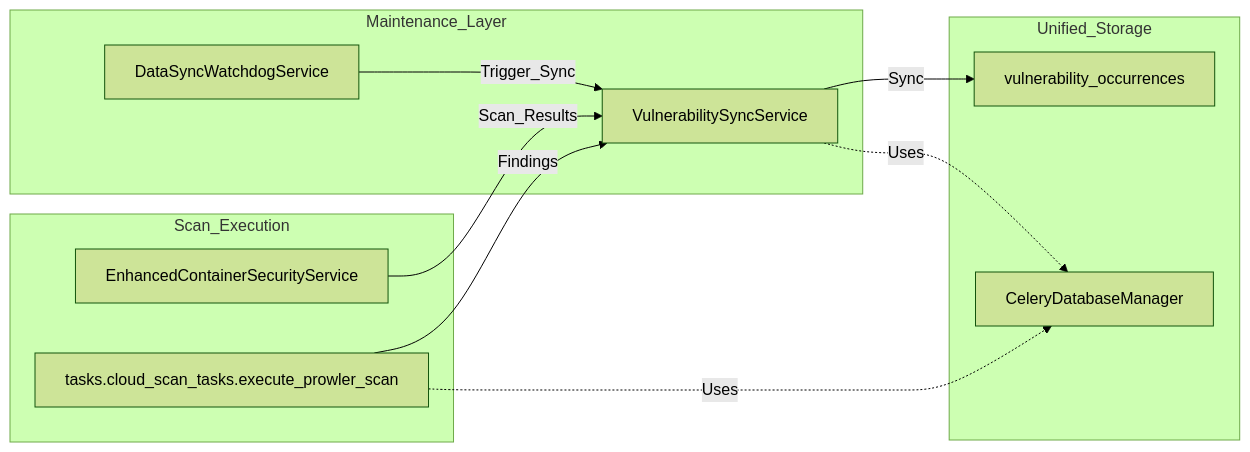
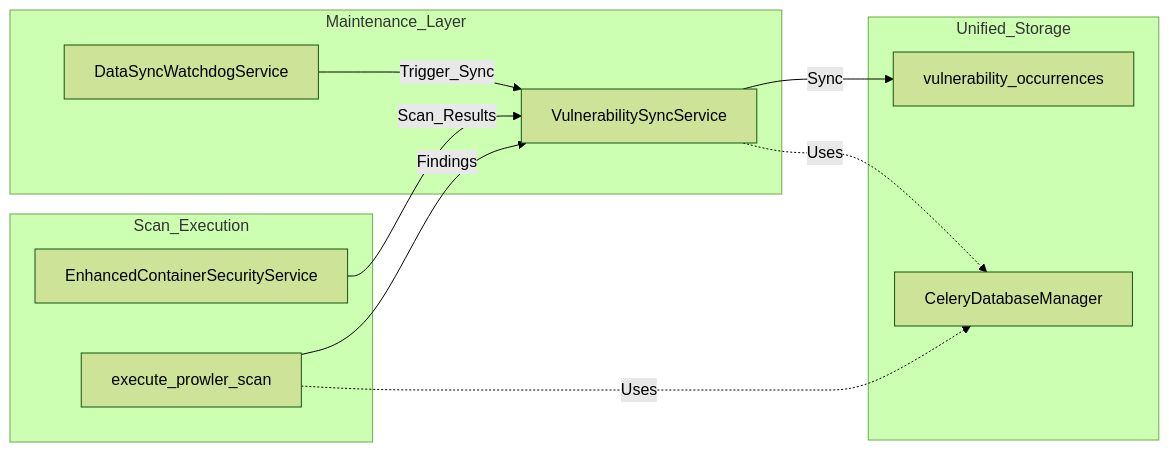
Before and after one commit to niteshsaini/offloadsecurity-docs: the second of 2 diagrams in docs/infrastructure/background-tasks.md, drawn with Mermaid (forest theme). The commit also changed other lines of this file and 16 other files, not shown here.

````diff
--- a/docs/infrastructure/background-tasks.md
+++ b/docs/infrastructure/background-tasks.md
@@ -122,26 +117,26 @@
 ```mermaid
 graph LR
     subgraph "Scan_Execution"
-        Prowler["tasks.cloud_scan_tasks.execute_prowler_scan"]
+        Prowler["execute_prowler_scan"]
         Trivy["EnhancedContainerSecurityService"]
     end
 
     subgraph "Unified_Storage"
         VOC["vulnerability_occurrences"]
         CDBM["CeleryDatabaseManager"]
     end
 
     subgraph "Maintenance_Layer"
         DSW["DataSyncWatchdogService"]
         VSS["VulnerabilitySyncService"]
     end
 
     Prowler -->|Findings| VSS
     Trivy -->|Scan_Results| VSS
     
     VSS -->|Sync| VOC
     DSW -->|Trigger_Sync| VSS
     
     Prowler -.->|Uses| CDBM
     VSS -.->|Uses| CDBM
 ```
````
